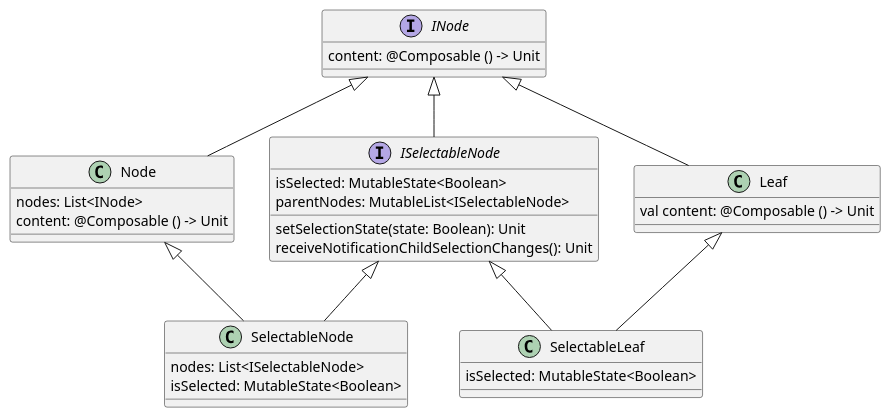
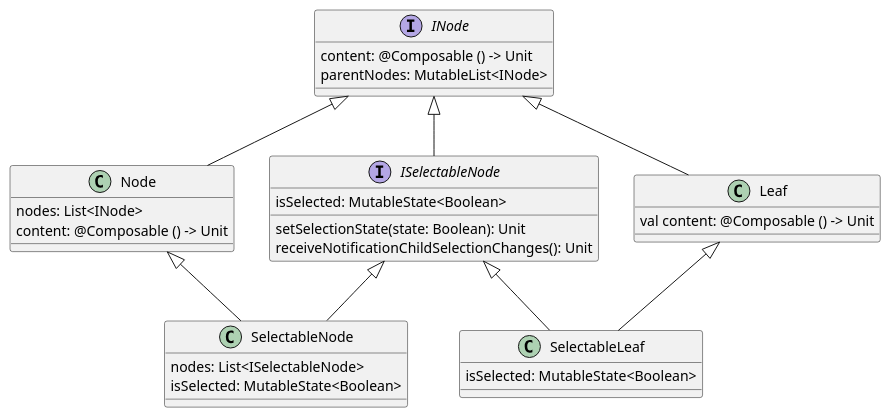
One commit to astu-app/ASTU-APP changed the diagram in features/bulletinBoardFeature/src/commonMain/kotlin/org/astu/feature/bulletinBoard/views/entities/audienceGraph/audienceGraphClass.puml. Above: the diagram before and after it, drawn with PlantUML. The commit also changed 35 other files, not shown here.

```diff
--- a/features/bulletinBoardFeature/src/commonMain/kotlin/org/astu/feature/bulletinBoard/views/entities/audienceGraph/audienceGraphClass.puml
+++ b/features/bulletinBoardFeature/src/commonMain/kotlin/org/astu/feature/bulletinBoard/views/entities/audienceGraph/audienceGraphClass.puml
@@ -1,42 +1,42 @@
 @startuml
 'https://plantuml.com/class-diagram
 
 interface INode {
     {field} content: @Composable () -> Unit
+    {field} parentNodes: MutableList<INode>
 }
 
 class Node {
     {field} nodes: List<INode>
     {field} content: @Composable () -> Unit
 }
 INode <|-- Node
 
 class Leaf {
     {field} val content: @Composable () -> Unit
 }
 INode <|-- Leaf
 
 
 
 interface ISelectableNode {
     {field} isSelected: MutableState<Boolean>
-    {field} parentNodes: MutableList<ISelectableNode>
     {method} setSelectionState(state: Boolean): Unit
     {method} receiveNotificationChildSelectionChanges(): Unit
 }
 INode <|-- ISelectableNode
 
 class SelectableNode {
     {field} nodes: List<ISelectableNode>
     {field} isSelected: MutableState<Boolean>
 }
 Node <|-- SelectableNode
 
 ISelectableNode <|-- SelectableNode
 class SelectableLeaf {
     {field} isSelected: MutableState<Boolean>
 }
 Leaf <|-- SelectableLeaf
 ISelectableNode <|-- SelectableLeaf
 
 @enduml
```
